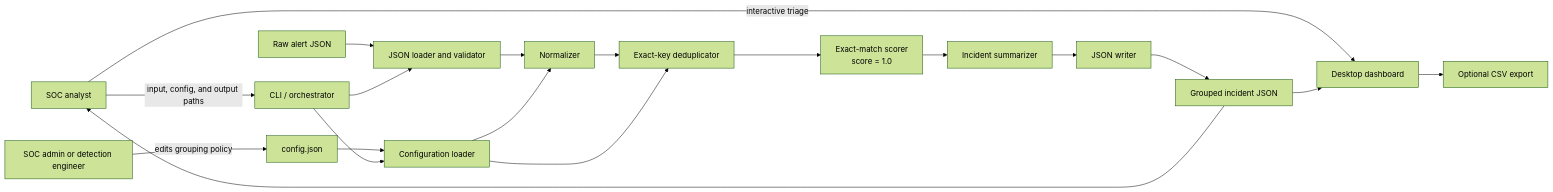
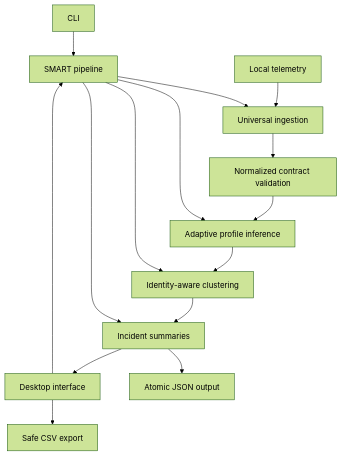
One commit to saltyma/soc-alert-deduplicator changed the diagram in docs/architecture.md. Above: the diagram before and after it, drawn with Mermaid (forest theme). The commit also changed other lines of this file and 35 other files, not shown here.

Commit message:
Release SOC Alert Deduplicator v2

````diff
--- a/docs/architecture.md
+++ b/docs/architecture.md
@@ -33,21 +7,17 @@
 ```mermaid
-flowchart LR
-    Analyst["SOC analyst"] -->|"input, config, and output paths"| CLI["CLI / orchestrator"]
-    Analyst -->|"interactive triage"| GUI["Desktop dashboard"]
-    Admin["SOC admin or detection engineer"] -->|"edits grouping policy"| ConfigFile["config.json"]
-    InputFile["Raw alert JSON"] --> Loader["JSON loader and validator"]
-    ConfigFile --> ConfigLoader["Configuration loader"]
-    CLI --> Loader
-    CLI --> ConfigLoader
-    Loader --> Normalizer["Normalizer"]
-    ConfigLoader --> Normalizer
-    Normalizer --> Grouper["Exact-key deduplicator"]
-    ConfigLoader --> Grouper
-    Grouper --> Scorer["Exact-match scorer<br/>score = 1.0"]
-    Scorer --> Summarizer["Incident summarizer"]
-    Summarizer --> Writer["JSON writer"]
-    Writer --> OutputFile["Grouped incident JSON"]
-    OutputFile --> Analyst
-    OutputFile --> GUI
-    GUI --> CSVFile["Optional CSV export"]
+flowchart TB
+    CLI["CLI"] --> Pipeline["SMART pipeline"]
+    GUI["Desktop interface"] --> Pipeline
+    Files["Local telemetry"] --> Ingest["Universal ingestion"]
+    Ingest --> Validate["Normalized contract validation"]
+    Validate --> Profile["Adaptive profile inference"]
+    Profile --> Cluster["Identity-aware clustering"]
+    Cluster --> Summaries["Incident summaries"]
+    Summaries --> JSON["Atomic JSON output"]
+    Summaries --> GUI
+    GUI --> CSV["Safe CSV export"]
+    Pipeline --> Ingest
+    Pipeline --> Profile
+    Pipeline --> Cluster
+    Pipeline --> Summaries
 ```
````
